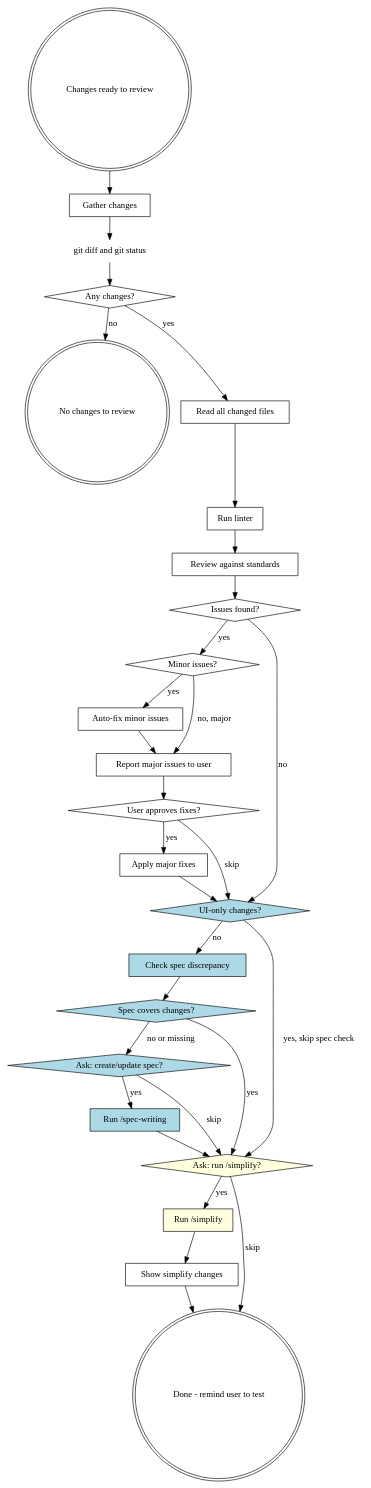
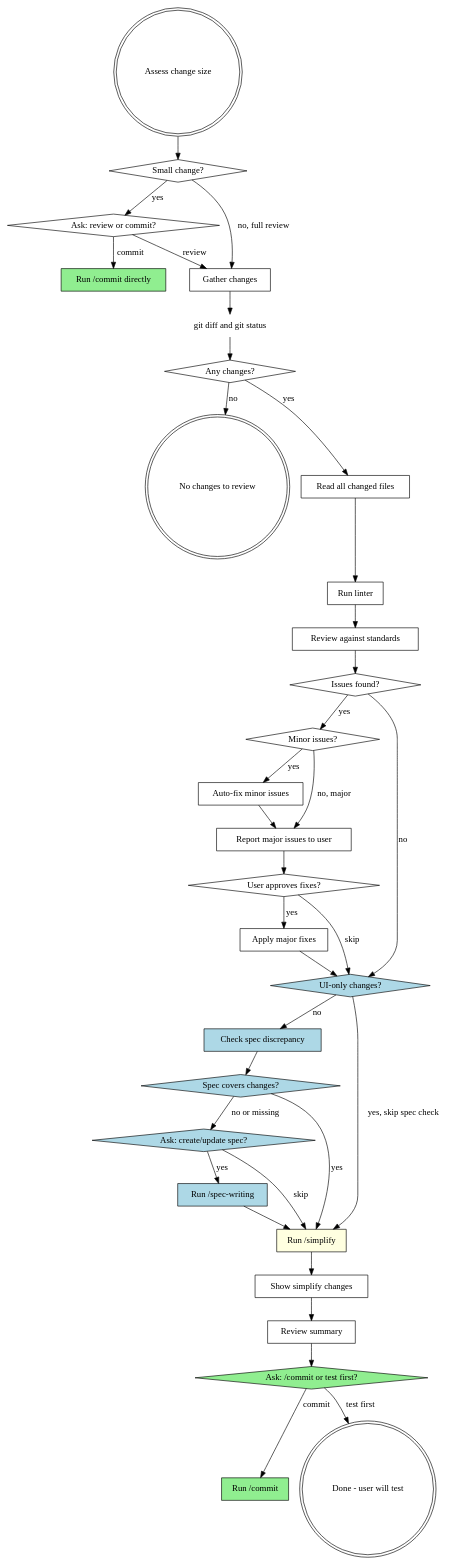
Before and after one commit to pandaworks-software-plt/pandahrms-skills: the diagram in skills/code-review/SKILL.md, drawn with Graphviz. The commit also changed other lines of this file and 1 other file, not shown here.

First line of the commit message:
feat(code-review): add triage phase and commit/test choice

````diff
--- a/skills/code-review/SKILL.md
+++ b/skills/code-review/SKILL.md
@@ -20,57 +20,67 @@
 ```dot
 digraph code_review {
-    "Changes ready to review" [shape=doublecircle];
+    "Assess change size" [shape=doublecircle];
+    "Small change?" [shape=diamond];
+    "Ask: review or commit?" [shape=diamond];
+    "Run /commit directly" [shape=box, style=filled, fillcolor=lightgreen];
     "Gather changes" [shape=box];
     "git diff and git status" [shape=plaintext];
     "Any changes?" [shape=diamond];
     "No changes to review" [shape=doublecircle];
     "Read all changed files" [shape=box];
     "Run linter" [shape=box];
     "Review against standards" [shape=box];
     "Issues found?" [shape=diamond];
     "Minor issues?" [shape=diamond];
     "Auto-fix minor issues" [shape=box];
     "Report major issues to user" [shape=box];
     "User approves fixes?" [shape=diamond];
     "Apply major fixes" [shape=box];
     "UI-only changes?" [shape=diamond, style=filled, fillcolor=lightblue];
     "Check spec discrepancy" [shape=box, style=filled, fillcolor=lightblue];
     "Spec covers changes?" [shape=diamond, style=filled, fillcolor=lightblue];
     "Ask: create/update spec?" [shape=diamond, style=filled, fillcolor=lightblue];
     "Run /spec-writing" [shape=box, style=filled, fillcolor=lightblue];
-    "Ask: run /simplify?" [shape=diamond, style=filled, fillcolor=lightyellow];
     "Run /simplify" [shape=box, style=filled, fillcolor=lightyellow];
     "Show simplify changes" [shape=box];
-    "Done - remind user to test" [shape=doublecircle];
+    "Review summary" [shape=box];
+    "Ask: /commit or test first?" [shape=diamond, style=filled, fillcolor=lightgreen];
+    "Run /commit" [shape=box, style=filled, fillcolor=lightgreen];
+    "Done - user will test" [shape=doublecircle];
 
-    "Changes ready to review" -> "Gather changes";
+    "Assess change size" -> "Small change?";
+    "Small change?" -> "Ask: review or commit?" [label="yes"];
+    "Small change?" -> "Gather changes" [label="no, full review"];
+    "Ask: review or commit?" -> "Run /commit directly" [label="commit"];
+    "Ask: review or commit?" -> "Gather changes" [label="review"];
     "Gather changes" -> "git diff and git status";
     "git diff and git status" -> "Any changes?";
     "Any changes?" -> "No changes to review" [label="no"];
     "Any changes?" -> "Read all changed files" [label="yes"];
     "Read all changed files" -> "Run linter";
     "Run linter" -> "Review against standards";
     "Review against standards" -> "Issues found?";
     "Issues found?" -> "UI-only changes?" [label="no"];
     "Issues found?" -> "Minor issues?" [label="yes"];
     "Minor issues?" -> "Auto-fix minor issues" [label="yes"];
     "Minor issues?" -> "Report major issues to user" [label="no, major"];
     "Auto-fix minor issues" -> "Report major issues to user";
     "Report major issues to user" -> "User approves fixes?";
     "User approves fixes?" -> "Apply major fixes" [label="yes"];
     "User approves fixes?" -> "UI-only changes?" [label="skip"];
     "Apply major fixes" -> "UI-only changes?";
-    "UI-only changes?" -> "Ask: run /simplify?" [label="yes, skip spec check"];
+    "UI-only changes?" -> "Run /simplify" [label="yes, skip spec check"];
     "UI-only changes?" -> "Check spec discrepancy" [label="no"];
     "Check spec discrepancy" -> "Spec covers changes?";
-    "Spec covers changes?" -> "Ask: run /simplify?" [label="yes"];
+    "Spec covers changes?" -> "Run /simplify" [label="yes"];
     "Spec covers changes?" -> "Ask: create/update spec?" [label="no or missing"];
     "Ask: create/update spec?" -> "Run /spec-writing" [label="yes"];
-    "Ask: create/update spec?" -> "Ask: run /simplify?" [label="skip"];
-    "Run /spec-writing" -> "Ask: run /simplify?";
-    "Ask: run /simplify?" -> "Run /simplify" [label="yes"];
-    "Ask: run /simplify?" -> "Done - remind user to test" [label="skip"];
+    "Ask: create/update spec?" -> "Run /simplify" [label="skip"];
+    "Run /spec-writing" -> "Run /simplify";
     "Run /simplify" -> "Show simplify changes";
-    "Show simplify changes" -> "Done - remind user to test";
+    "Show simplify changes" -> "Review summary";
+    "Review summary" -> "Ask: /commit or test first?";
+    "Ask: /commit or test first?" -> "Run /commit" [label="commit"];
+    "Ask: /commit or test first?" -> "Done - user will test" [label="test first"];
 }
 ```
````
